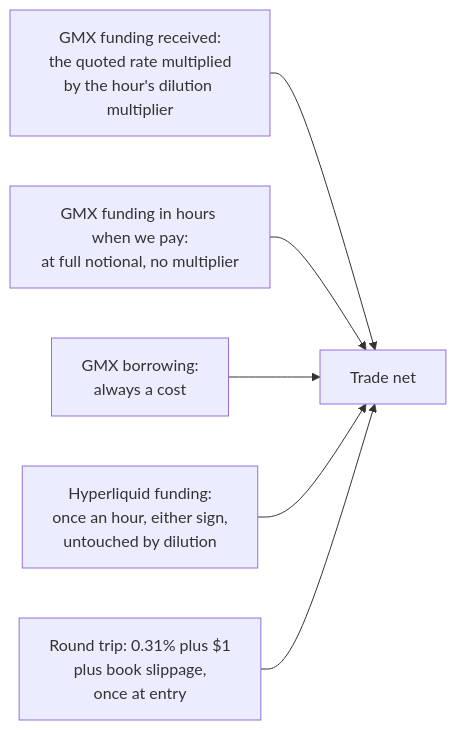
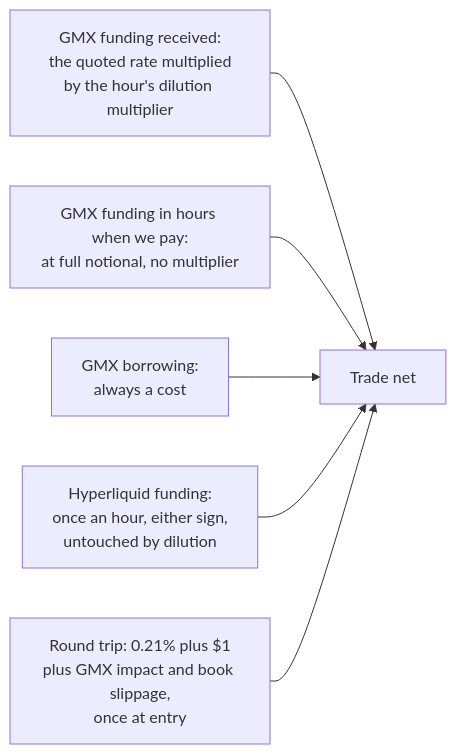
One commit to hamiltonalex/botLab changed the seventh of 8 diagrams in botLab-desktop/docs/bot1-funding-arb-how-it-works.en.md. Above: the diagram before and after it, drawn with Mermaid. The commit also changed other lines of this file and 3 other files, not shown here.

````diff
--- a/botLab-desktop/docs/bot1-funding-arb-how-it-works.en.md
+++ b/botLab-desktop/docs/bot1-funding-arb-how-it-works.en.md
@@ -824,8 +842,8 @@
 ```mermaid
 flowchart LR
     F1["GMX funding received:<br/>the quoted rate multiplied<br/>by the hour's dilution multiplier"] --> N["Trade net"]
     F2["GMX funding in hours when we pay:<br/>at full notional, no multiplier"] --> N
     B["GMX borrowing:<br/>always a cost"] --> N
     H["Hyperliquid funding:<br/>once an hour, either sign,<br/>untouched by dilution"] --> N
-    C["Round trip: 0.31% plus $1<br/>plus book slippage,<br/>once at entry"] --> N
+    C["Round trip: 0.21% plus $1<br/>plus GMX impact and book slippage,<br/>once at entry"] --> N
 ```
````
